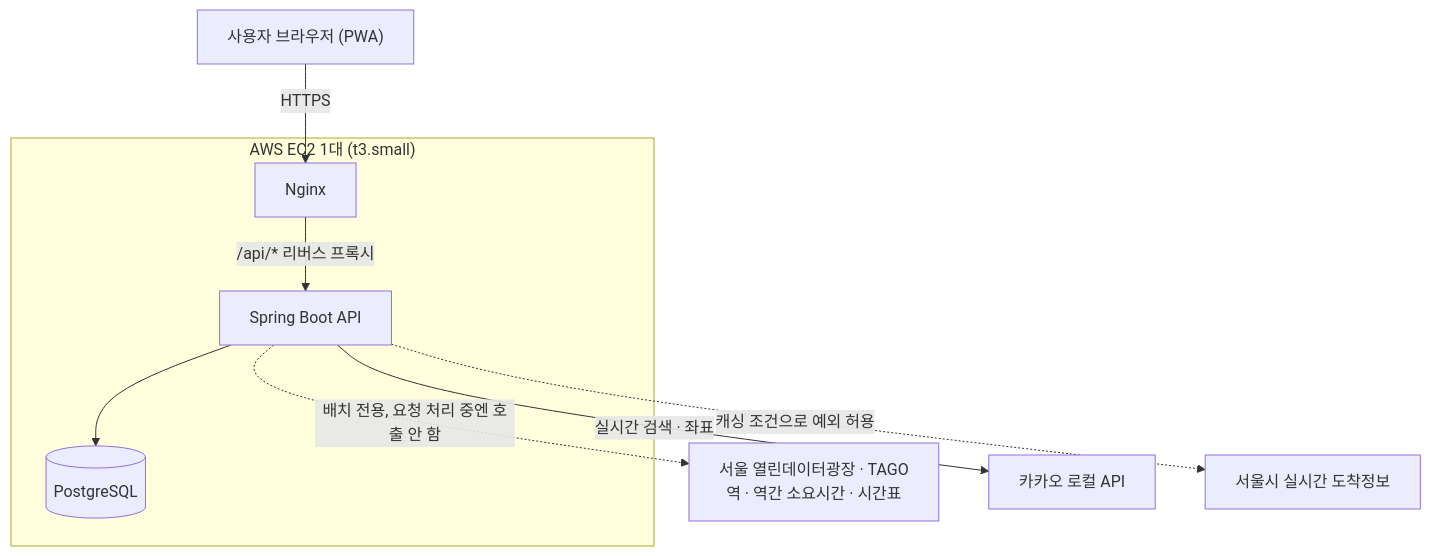
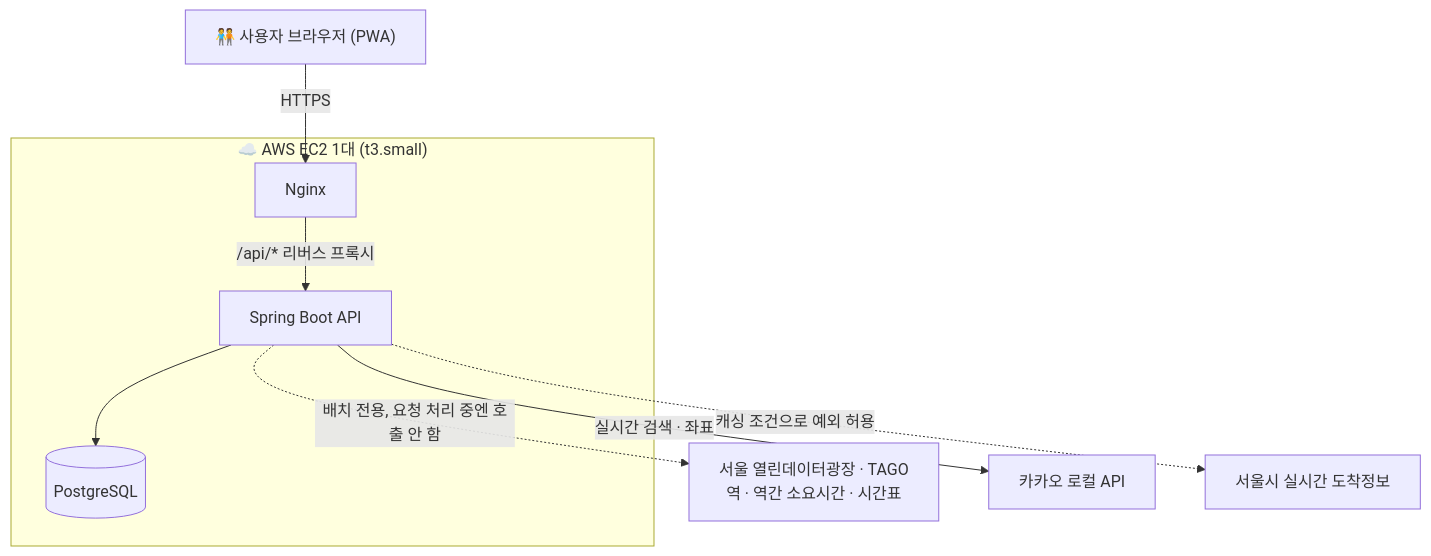
One commit to DKhg/halfway changed the diagram in README.md. Above: the diagram before and after it, drawn with Mermaid. The commit also changed other lines of this file, not shown here.

````diff
--- a/README.md
+++ b/README.md
@@ -77,16 +120,16 @@
 ```mermaid
 flowchart TB
-    U["사용자 브라우저 (PWA)"] -->|HTTPS| N
+    U["🧑‍🤝‍🧑 사용자 브라우저 (PWA)"] -->|HTTPS| N
 
-    subgraph EC2["AWS EC2 1대 (t3.small)"]
+    subgraph EC2["☁️ AWS EC2 1대 (t3.small)"]
         N["Nginx"]
         A["Spring Boot API"]
         D[("PostgreSQL")]
         N -->|"/api/* 리버스 프록시"| A
         A --> D
     end
 
     A -.->|"배치 전용, 요청 처리 중엔 호출 안 함"| EXT1["서울 열린데이터광장 · TAGO<br/>역 · 역간 소요시간 · 시간표"]
     A -->|"실시간 검색 · 좌표"| EXT2["카카오 로컬 API"]
     A -.->|"캐싱 조건으로 예외 허용"| EXT3["서울시 실시간 도착정보"]
 ```
````
